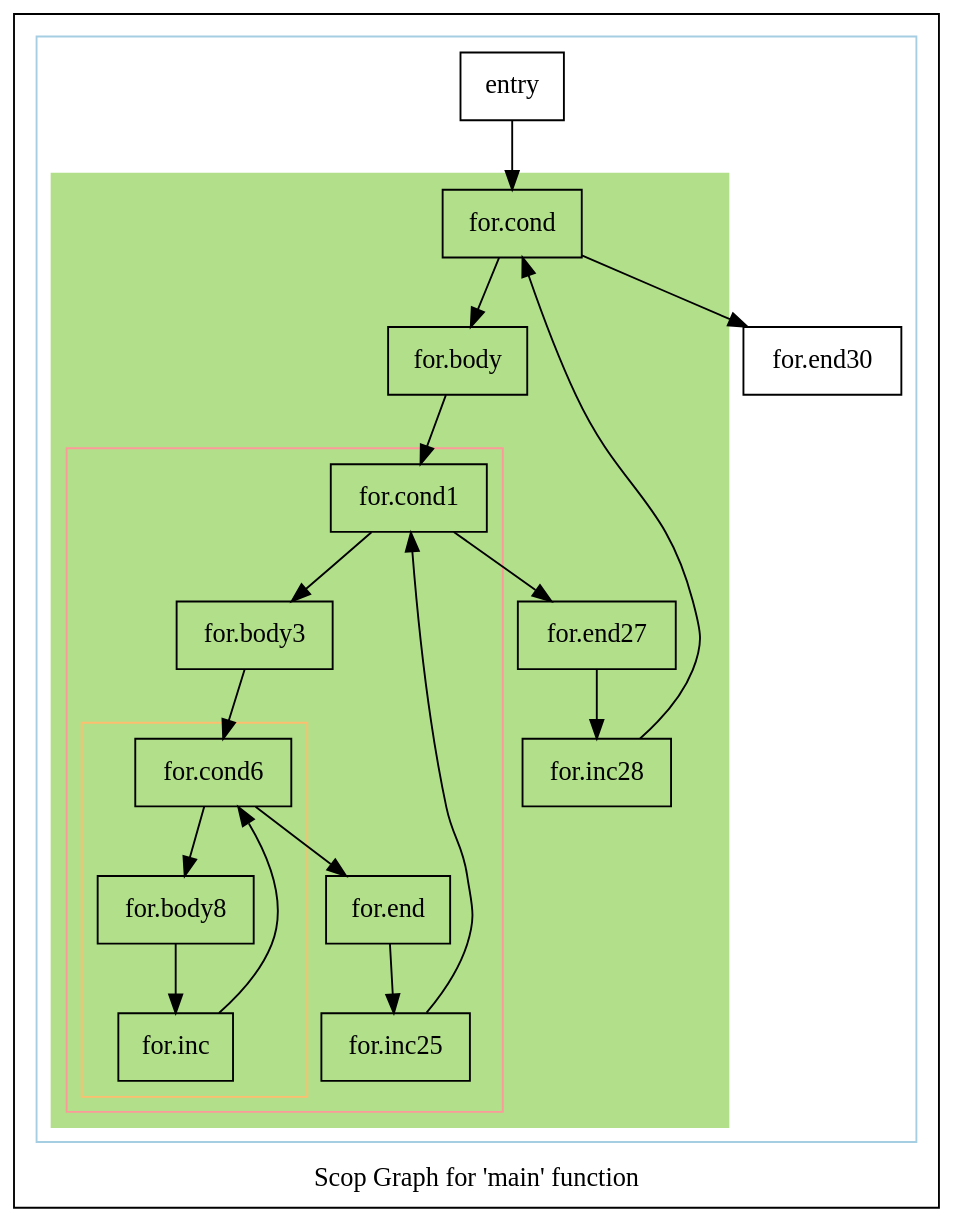
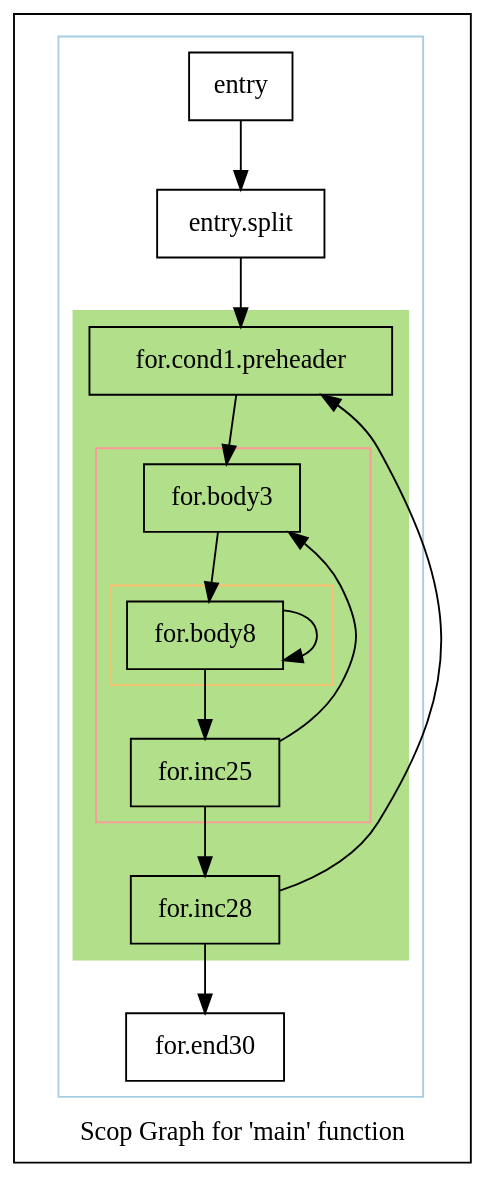
The diagram in polly/www/experiments/matmul/scopsonly.main.dot (intel/quantum-intrinsics), drawn with Graphviz before and after one commit. The commit also changed 20 other files, not shown here.

```diff
--- a/polly/www/experiments/matmul/scopsonly.main.dot
+++ b/polly/www/experiments/matmul/scopsonly.main.dot
@@ -1,65 +1,50 @@
 digraph "Scop Graph for 'main' function" {
 	label="Scop Graph for 'main' function";
 
-	Node0x17d3950 [shape=record,label="{entry}"];
-	Node0x17d3950 -> Node0x17d21a0;
-	Node0x17d21a0 [shape=record,label="{for.cond}"];
-	Node0x17d21a0 -> Node0x17db9a0;
-	Node0x17d21a0 -> Node0x17da4f0;
-	Node0x17db9a0 [shape=record,label="{for.body}"];
-	Node0x17db9a0 -> Node0x17da5e0;
-	Node0x17da5e0 [shape=record,label="{for.cond1}"];
-	Node0x17da5e0 -> Node0x17da640;
-	Node0x17da5e0 -> Node0x17da6a0;
-	Node0x17da640 [shape=record,label="{for.body3}"];
-	Node0x17da640 -> Node0x17da550;
-	Node0x17da550 [shape=record,label="{for.cond6}"];
-	Node0x17da550 -> Node0x17da5b0;
-	Node0x17da550 -> Node0x17da850;
-	Node0x17da5b0 [shape=record,label="{for.body8}"];
-	Node0x17da5b0 -> Node0x17da8b0;
-	Node0x17da8b0 [shape=record,label="{for.inc}"];
-	Node0x17da8b0 -> Node0x17da550[constraint=false];
-	Node0x17da850 [shape=record,label="{for.end}"];
-	Node0x17da850 -> Node0x17db930;
-	Node0x17db930 [shape=record,label="{for.inc25}"];
-	Node0x17db930 -> Node0x17da5e0[constraint=false];
-	Node0x17da6a0 [shape=record,label="{for.end27}"];
-	Node0x17da6a0 -> Node0x17dada0;
-	Node0x17dada0 [shape=record,label="{for.inc28}"];
-	Node0x17dada0 -> Node0x17d21a0[constraint=false];
-	Node0x17da4f0 [shape=record,label="{for.end30}"];
+	Node0x5abfcf0 [shape=record,label="{entry}"];
+	Node0x5abfcf0 -> Node0x5ade060;
+	Node0x5ade060 [shape=record,label="{entry.split}"];
+	Node0x5ade060 -> Node0x5ade0e0;
+	Node0x5ade0e0 [shape=record,label="{for.cond1.preheader}"];
+	Node0x5ade0e0 -> Node0x5ade100;
+	Node0x5ade100 [shape=record,label="{for.body3}"];
+	Node0x5ade100 -> Node0x5ae0020;
+	Node0x5ae0020 [shape=record,label="{for.body8}"];
+	Node0x5ae0020 -> Node0x5ae0020[constraint=false];
+	Node0x5ae0020 -> Node0x5ae0080;
+	Node0x5ae0080 [shape=record,label="{for.inc25}"];
+	Node0x5ae0080 -> Node0x5ade100[constraint=false];
+	Node0x5ae0080 -> Node0x5adfef0;
+	Node0x5adfef0 [shape=record,label="{for.inc28}"];
+	Node0x5adfef0 -> Node0x5ade0e0[constraint=false];
+	Node0x5adfef0 -> Node0x5adff50;
+	Node0x5adff50 [shape=record,label="{for.end30}"];
 	colorscheme = "paired12"
-        subgraph cluster_0x17d3f30 {
+        subgraph cluster_0x5ad2c80 {
           label = "";
           style = solid;
           color = 1
-          subgraph cluster_0x17d38d0 {
+          subgraph cluster_0x5ad2e50 {
             label = "";
             style = filled;
-            color = 3            subgraph cluster_0x17d3850 {
+            color = 3            subgraph cluster_0x5ad2d00 {
               label = "";
               style = solid;
               color = 5
-              subgraph cluster_0x17d37d0 {
+              subgraph cluster_0x5ad2dd0 {
                 label = "";
                 style = solid;
                 color = 7
-                Node0x17da550;
-                Node0x17da5b0;
-                Node0x17da8b0;
+                Node0x5ae0020;
               }
-              Node0x17da5e0;
-              Node0x17da640;
-              Node0x17da850;
-              Node0x17db930;
+              Node0x5ade100;
+              Node0x5ae0080;
             }
-            Node0x17d21a0;
-            Node0x17db9a0;
-            Node0x17da6a0;
-            Node0x17dada0;
+            Node0x5ade0e0;
+            Node0x5adfef0;
           }
-          Node0x17d3950;
-          Node0x17da4f0;
+          Node0x5abfcf0;
+          Node0x5ade060;
+          Node0x5adff50;
         }
 }
```
